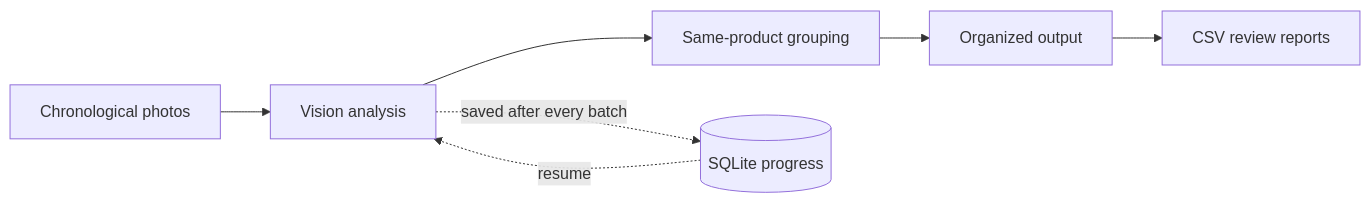
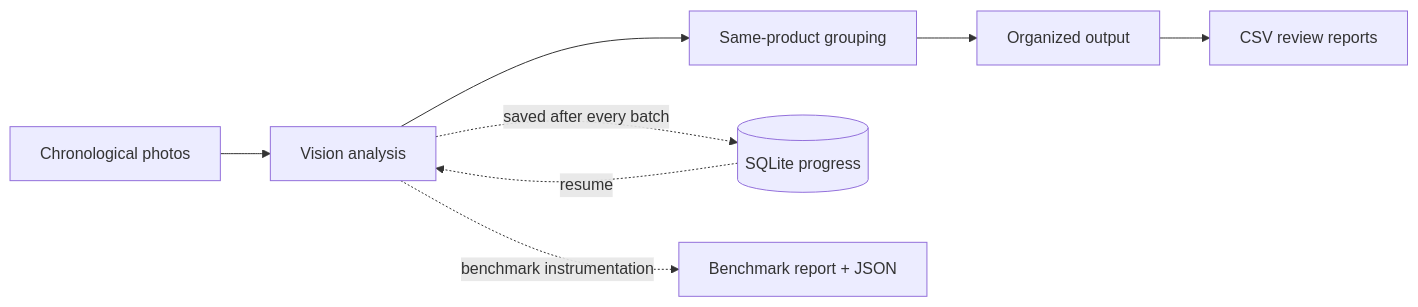
The diagram in README.md (mhmdwaelanwr/CatalogMesh), drawn with Mermaid before and after one commit. The commit also changed other lines of this file and 10 other files, not shown here.

````diff
--- a/README.md
+++ b/README.md
@@ -166,9 +221,10 @@
 ```mermaid
 flowchart LR
     A[Chronological photos] --> B[Vision analysis]
     B --> C[Same-product grouping]
     C --> D[Organized output]
     D --> E[CSV review reports]
     B -. saved after every batch .-> F[(SQLite progress)]
     F -. resume .-> B
+    B -. benchmark instrumentation .-> G[Benchmark report + JSON]
 ```
````
